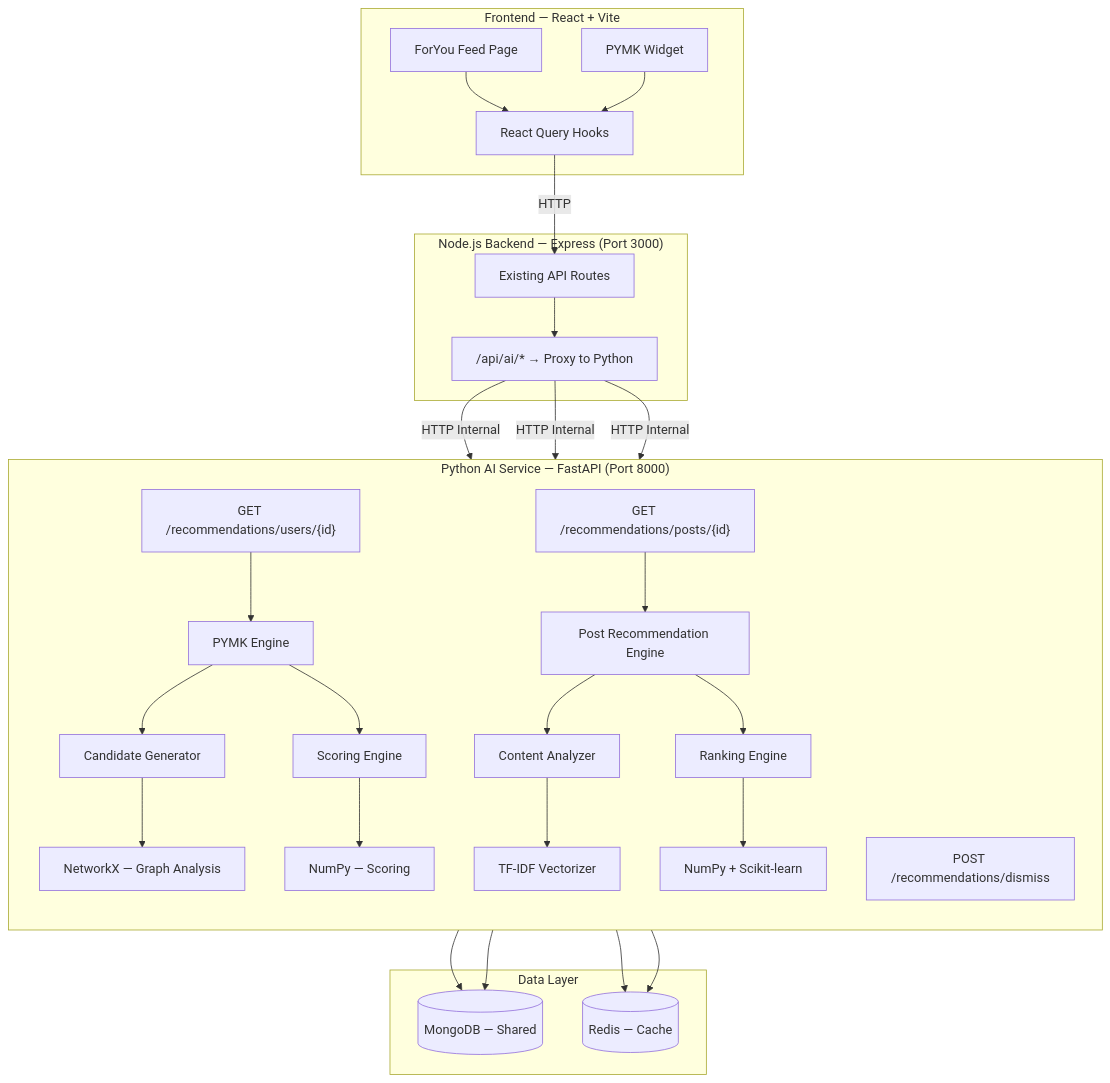
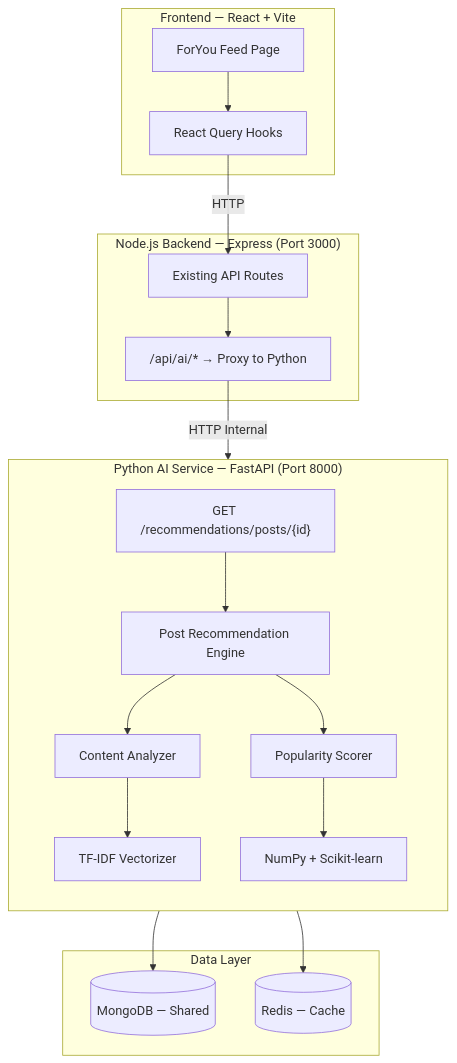
Before and after one commit to ThienBinhT9/New-Trendify: the second of 4 diagrams in docs/ai_plan.md, drawn with Mermaid. The commit also changed other lines of this file and 29 other files, not shown here.

Commit message:
feat: implement ForYou feed usecase and refactor AI recommendation engine to content-based filtering

````diff
--- a/docs/ai_plan.md
+++ b/docs/ai_plan.md
@@ -53,46 +52,37 @@
 ```mermaid
 graph TB
     subgraph "Frontend — React + Vite"
         FE1[ForYou Feed Page]
-        FE2[PYMK Widget]
         FE3[React Query Hooks]
     end
 
     subgraph "Node.js Backend — Express (Port 3000)"
         API[Existing API Routes]
         PROXY["/api/ai/* → Proxy to Python"]
     end
 
     subgraph "Python AI Service — FastAPI (Port 8000)"
         direction TB
-        R1["GET /recommendations/users/{id}"]
         R2["GET /recommendations/posts/{id}"]
-        R3["POST /recommendations/dismiss"]
         
-        R1 --> PYMK[PYMK Engine]
         R2 --> POST_REC[Post Recommendation Engine]
         
-        PYMK --> CG1[Candidate Generator]
-        PYMK --> SE1[Scoring Engine]
+        POST_REC --> CG2[Content Analyzer]
+        POST_REC --> SE2[Popularity Scorer]
         
-        POST_REC --> CG2[Content Analyzer]
-        POST_REC --> SE2[Ranking Engine]
-        
-        CG1 --> NX[NetworkX — Graph Analysis]
-        SE1 --> NP1[NumPy — Scoring]
         CG2 --> TFIDF[TF-IDF Vectorizer]
         SE2 --> NP2[NumPy + Scikit-learn]
     end
 
     subgraph "Data Layer"
         MONGO[(MongoDB — Shared)]
         REDIS[(Redis — Cache)]
     end
 
-    FE1 & FE2 --> FE3
+    FE1 --> FE3
     FE3 -->|HTTP| API
     API --> PROXY
-    PROXY -->|HTTP Internal| R1 & R2 & R3
-    PYMK & POST_REC --> MONGO
-    PYMK & POST_REC --> REDIS
+    PROXY -->|HTTP Internal| R2
+    POST_REC --> MONGO
+    POST_REC --> REDIS
 ```
````
